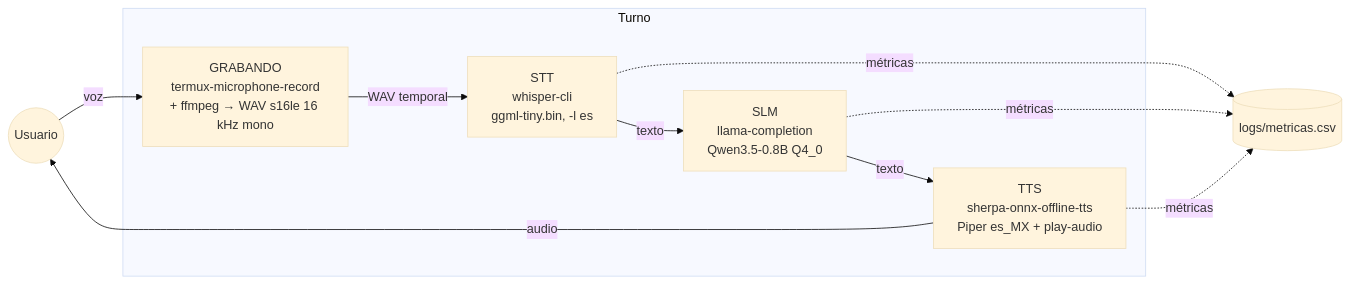
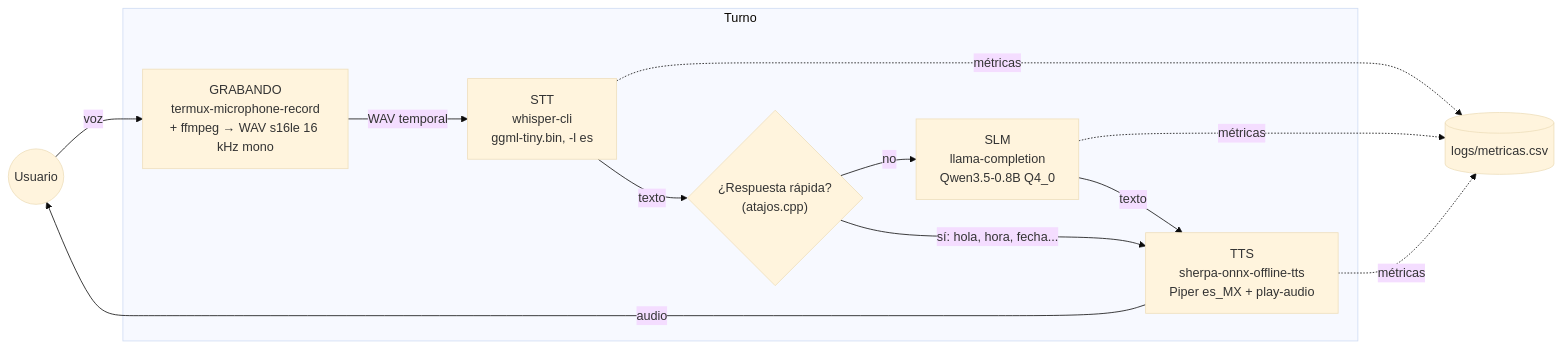
The first of 2 diagrams in docs/ARQUITECTURA.md (JaiderL/jarvis-son), drawn with Mermaid (base theme) before and after one commit. The commit also changed other lines of this file and 3 other files, not shown here.

````diff
--- a/docs/ARQUITECTURA.md
+++ b/docs/ARQUITECTURA.md
@@ -9,15 +9,17 @@
 ```mermaid
 flowchart LR
     U((Usuario)) -->|voz| MIC
     subgraph Turno
         MIC["GRABANDO<br/>termux-microphone-record<br/>+ ffmpeg → WAV s16le 16 kHz mono"]
         STT["STT<br/>whisper-cli<br/>ggml-tiny.bin, -l es"]
         SLM["SLM<br/>llama-completion<br/>Qwen3.5-0.8B Q4_0"]
         TTS["TTS<br/>sherpa-onnx-offline-tts<br/>Piper es_MX + play-audio"]
-        MIC -->|WAV temporal| STT -->|texto| SLM -->|texto| TTS
+        MIC -->|WAV temporal| STT -->|texto| ATA{"¿Respuesta rápida?<br/>(atajos.cpp)"}
+        ATA -->|no| SLM -->|texto| TTS
+        ATA -->|"sí: hola, hora, fecha..."| TTS
     end
     TTS -->|audio| U
     STT -.métricas.-> CSV[(logs/metricas.csv)]
     SLM -.métricas.-> CSV
     TTS -.métricas.-> CSV
 ```
````
